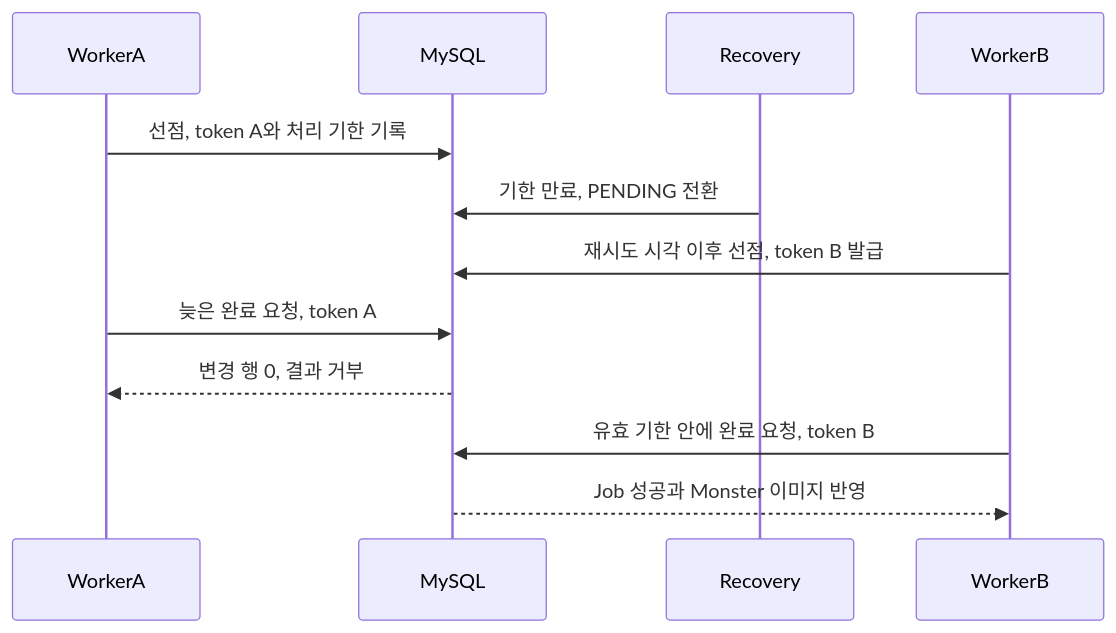
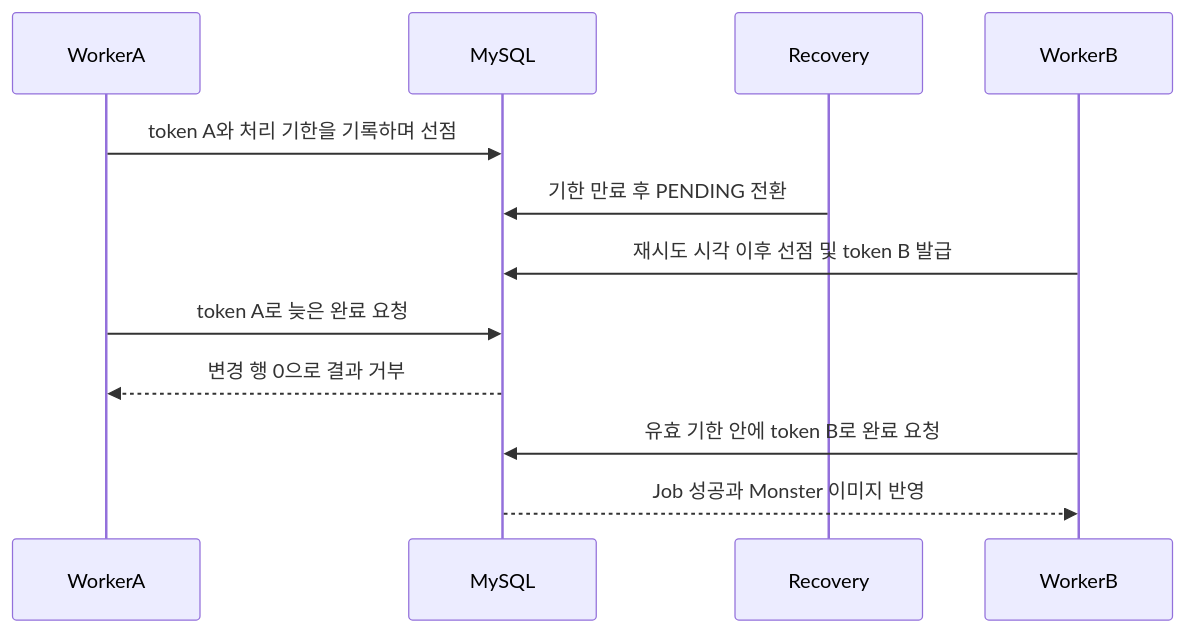
Before and after one commit to kangrae-jo/woowa-archive: the third of 3 diagrams in technical-writing/blog-draft/03-implementation.md, drawn with Mermaid. The commit also changed other lines of this file and 7 other files, not shown here.

````diff
--- a/technical-writing/blog-draft/03-implementation.md
+++ b/technical-writing/blog-draft/03-implementation.md
@@ -96,15 +96,15 @@
 ```mermaid
 sequenceDiagram
     participant WorkerA
     participant MySQL
     participant Recovery
     participant WorkerB
 
-    WorkerA->>MySQL: 선점, token A와 처리 기한 기록
-    Recovery->>MySQL: 기한 만료, PENDING 전환
-    WorkerB->>MySQL: 재시도 시각 이후 선점, token B 발급
-    WorkerA->>MySQL: 늦은 완료 요청, token A
-    MySQL-->>WorkerA: 변경 행 0, 결과 거부
-    WorkerB->>MySQL: 유효 기한 안에 완료 요청, token B
+    WorkerA->>MySQL: token A와 처리 기한을 기록하며 선점
+    Recovery->>MySQL: 기한 만료 후 PENDING 전환
+    WorkerB->>MySQL: 재시도 시각 이후 선점 및 token B 발급
+    WorkerA->>MySQL: token A로 늦은 완료 요청
+    MySQL-->>WorkerA: 변경 행 0으로 결과 거부
+    WorkerB->>MySQL: 유효 기한 안에 token B로 완료 요청
     MySQL-->>WorkerB: Job 성공과 Monster 이미지 반영
 ```
````
